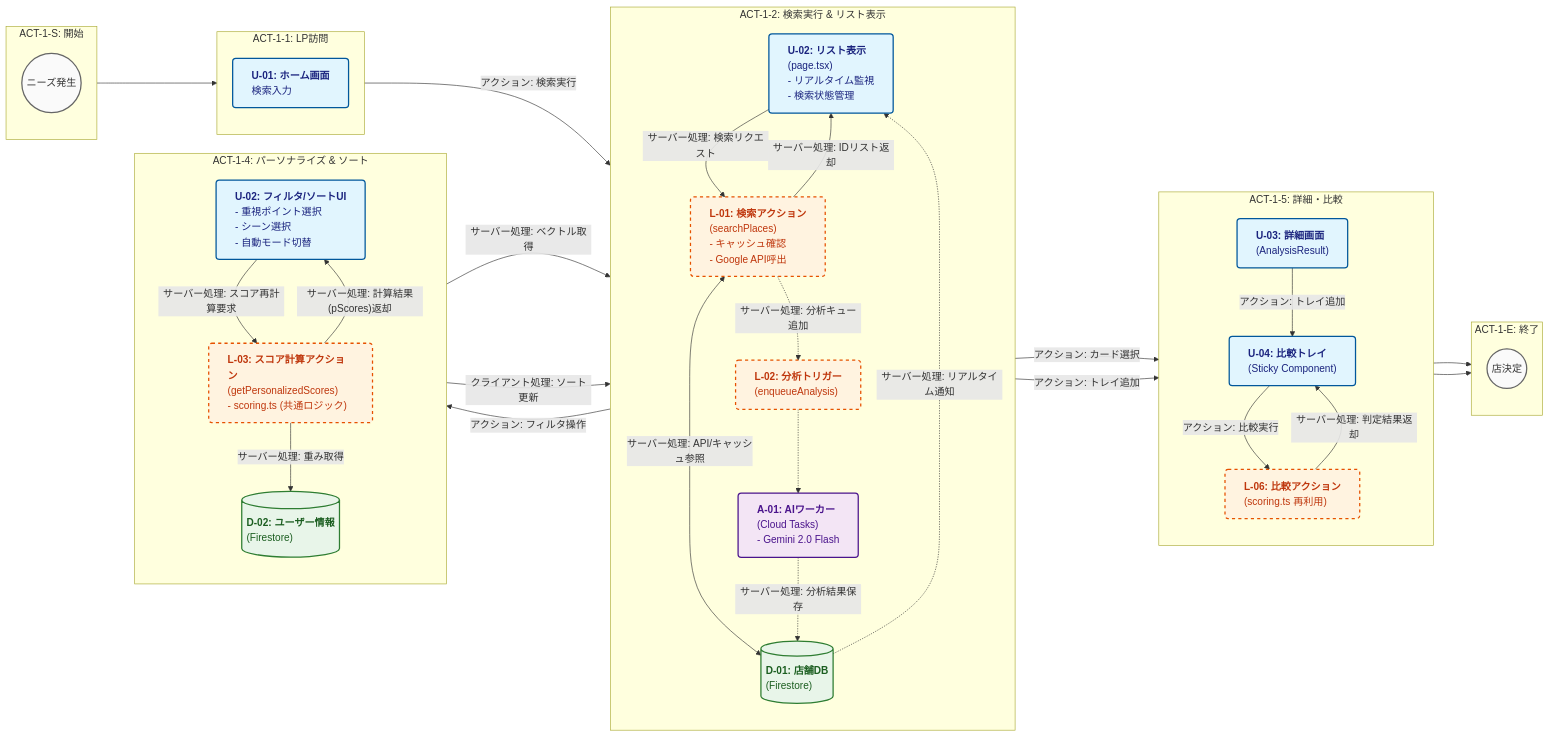
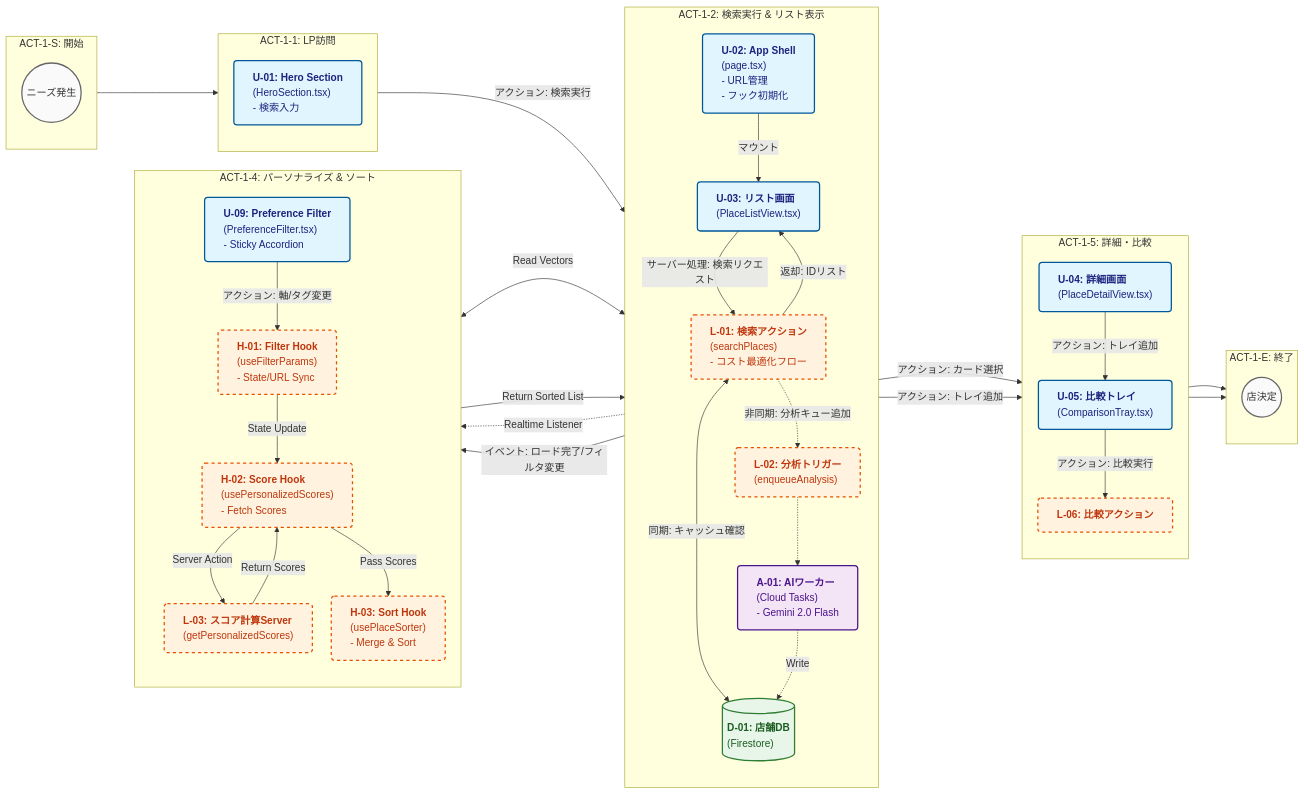
The first of 3 diagrams in docs/仕様書v2.md (plplbody/googlemap-reviews-AIanalyzer), drawn with Mermaid before and after one commit. The commit also changed other lines of this file and 33 other files, not shown here.

````diff
--- a/docs/仕様書v2.md
+++ b/docs/仕様書v2.md
@@ -264,13 +269,15 @@
 
     subgraph ACT_1_1 ["ACT-1-1: LP訪問"]
         direction TB
-        U_01["<b>U-01: ホーム画面</b><br/>検索入力"]:::ui
+        U_01["<b>U-01: Hero Section</b><br/>(HeroSection.tsx)<br/>- 検索入力"]:::ui
     end
 
     subgraph ACT_1_2 ["ACT-1-2: 検索実行 & リスト表示"]
         direction TB
-        U_02["<b>U-02: リスト表示</b><br/>(page.tsx)<br/>- リアルタイム監視<br/>- 検索状態管理"]:::ui
-        L_01["<b>L-01: 検索アクション</b><br/>(searchPlaces)<br/>- キャッシュ確認<br/>- Google API呼出"]:::logic
+        U_Page["<b>U-02: App Shell</b><br/>(page.tsx)<br/>- URL管理<br/>- フック初期化"]:::ui
+        U_List["<b>U-03: リスト画面</b><br/>(PlaceListView.tsx)"]:::ui
+        
+        L_01["<b>L-01: 検索アクション</b><br/>(searchPlaces)<br/>- コスト最適化フロー"]:::logic
         L_02["<b>L-02: 分析トリガー</b><br/>(enqueueAnalysis)"]:::logic
         A_01["<b>A-01: AIワーカー</b><br/>(Cloud Tasks)<br/>- Gemini 2.0 Flash"]:::ai
         D_01[("<b>D-01: 店舗DB</b><br/>(Firestore)")]:::db
@@ -278,16 +285,18 @@
 
     subgraph ACT_1_4 ["ACT-1-4: パーソナライズ & ソート"]
         direction TB
-        U_Filter["<b>U-02: フィルタ/ソートUI</b><br/>- 重視ポイント選択<br/>- シーン選択<br/>- 自動モード切替"]:::ui
-        L_03["<b>L-03: スコア計算アクション</b><br/>(getPersonalizedScores)<br/>- scoring.ts (共通ロジック)"]:::logic
-        D_02[("<b>D-02: ユーザー情報</b><br/>(Firestore)")]:::db
+        U_Filter["<b>U-09: Preference Filter</b><br/>(PreferenceFilter.tsx)<br/>- Sticky Accordion"]:::ui
+        H_Filter["<b>H-01: Filter Hook</b><br/>(useFilterParams)<br/>- State/URL Sync"]:::logic
+        H_Score["<b>H-02: Score Hook</b><br/>(usePersonalizedScores)<br/>- Fetch Scores"]:::logic
+        H_Sort["<b>H-03: Sort Hook</b><br/>(usePlaceSorter)<br/>- Merge & Sort"]:::logic
+        L_03["<b>L-03: スコア計算Server</b><br/>(getPersonalizedScores)"]:::logic
     end
 
     subgraph ACT_1_5 ["ACT-1-5: 詳細・比較"]
         direction TB
-        U_03["<b>U-03: 詳細画面</b><br/>(AnalysisResult)"]:::ui
-        U_04["<b>U-04: 比較トレイ</b><br/>(Sticky Component)"]:::ui
-        L_06["<b>L-06: 比較アクション</b><br/>(scoring.ts 再利用)"]:::logic
+        U_Detail["<b>U-04: 詳細画面</b><br/>(PlaceDetailView.tsx)"]:::ui
+        U_Tray["<b>U-05: 比較トレイ</b><br/>(ComparisonTray.tsx)"]:::ui
+        L_06["<b>L-06: 比較アクション</b>"]:::logic
     end
 
     subgraph ACT_1_E ["ACT-1-E: 終了"]
@@ -297,35 +306,37 @@
 
     %% Flows
     ACT_1_S --> ACT_1_1
-    ACT_1_1 -- "アクション: 検索実行" --> U_02
+    ACT_1_1 -- "アクション: 検索実行" --> U_Page
+    U_Page -- "マウント" --> U_List
 
     %% Search Loop
-    U_02 -- "サーバー処理: 検索リクエスト" --> L_01
-    L_01 <-- "サーバー処理: API/キャッシュ参照" --> D_01
-    L_01 -- "サーバー処理: IDリスト返却" --> U_02
+    U_List -- "サーバー処理: 検索リクエスト" --> L_01
+    L_01 <-- "同期: キャッシュ確認" --> D_01
+    L_01 -- "返却: IDリスト" --> U_List
     
     %% Async Analysis
-    L_01 -. "サーバー処理: 分析キュー追加" .-> L_02
+    L_01 -. "非同期: 分析キュー追加" .-> L_02
     L_02 -.-> A_01
-    A_01 -. "サーバー処理: 分析結果保存" .-> D_01
-    D_01 -. "サーバー処理: リアルタイム通知" .-> U_02
+    A_01 -. "Write" .-> D_01
+    D_01 -. "Realtime Listener" .-> H_Sort
 
-    %% Personalization Loop
-    U_02 -- "アクション: フィルタ操作" --> U_Filter
-    U_Filter -- "サーバー処理: スコア再計算要求" --> L_03
-    L_03 -- "サーバー処理: 重み取得" --> D_02
-    L_03 -- "サーバー処理: ベクトル取得" --> D_01
-    L_03 -- "サーバー処理: 計算結果(pScores)返却" --> U_Filter
-    U_Filter -- "クライアント処理: ソート更新" --> U_02
+    %% Personalization Loop (Hook Driven)
+    U_List -- "イベント: ロード完了/フィルタ変更" --> H_Score
+    U_Filter -- "アクション: 軸/タグ変更" --> H_Filter
+    H_Filter -- "State Update" --> H_Score
+    H_Score -- "Server Action" --> L_03
+    L_03 <-- "Read Vectors" --> D_01
+    L_03 -- "Return Scores" --> H_Score
+    H_Score -- "Pass Scores" --> H_Sort
+    H_Sort -- "Return Sorted List" --> U_List
 
     %% Detail & Compare
-    U_02 -- "アクション: カード選択" --> U_03
-    U_02 -- "アクション: トレイ追加" --> U_04
-    U_03 -- "アクション: トレイ追加" --> U_04
-    U_04 -- "アクション: 比較実行" --> L_06
-    L_06 -- "サーバー処理: 判定結果返却" --> U_04
-
+    U_List -- "アクション: カード選択" --> U_Detail
+    U_List -- "アクション: トレイ追加" --> U_Tray
+    U_Detail -- "アクション: トレイ追加" --> U_Tray
+    U_Tray -- "アクション: 比較実行" --> L_06
+    
     %% End
-    U_03 --> End
-    U_04 --> End
+    U_Detail --> End
+    L_06 --> End
 ```
````
